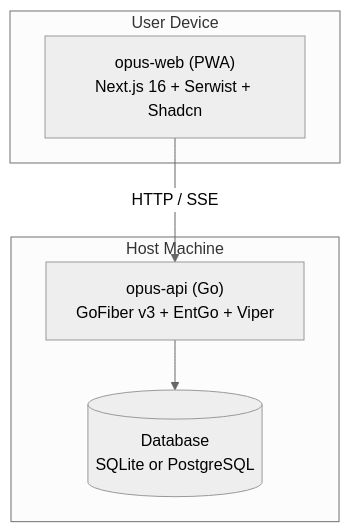
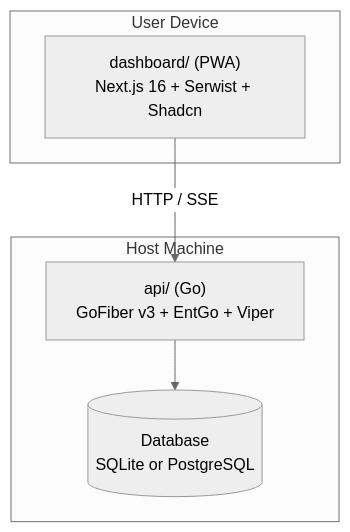
One commit to kilip/opus changed the first of 4 diagrams in docs/ARCHITECTURE.md. Above: the diagram before and after it, drawn with Mermaid (neutral theme). The commit also changed other lines of this file and 1 other file, not shown here.

Commit message:
docs: update architecture and prd for v1.0.1 monorepo structure

````diff
--- a/docs/ARCHITECTURE.md
+++ b/docs/ARCHITECTURE.md
@@ -52,14 +55,14 @@
 ```mermaid
 graph TD
     subgraph "User Device"
-        WEB["opus-web (PWA)<br/>Next.js 16 + Serwist + Shadcn"]
+        WEB["dashboard/ (PWA)<br/>Next.js 16 + Serwist + Shadcn"]
     end
 
     subgraph "Host Machine"
-        API["opus-api (Go)<br/>GoFiber v3 + EntGo + Viper"]
+        API["api/ (Go)<br/>GoFiber v3 + EntGo + Viper"]
         DB[("Database<br/>SQLite or PostgreSQL")]
     end
 
     WEB -- "HTTP / SSE" --> API
     API --> DB
 ```
````
